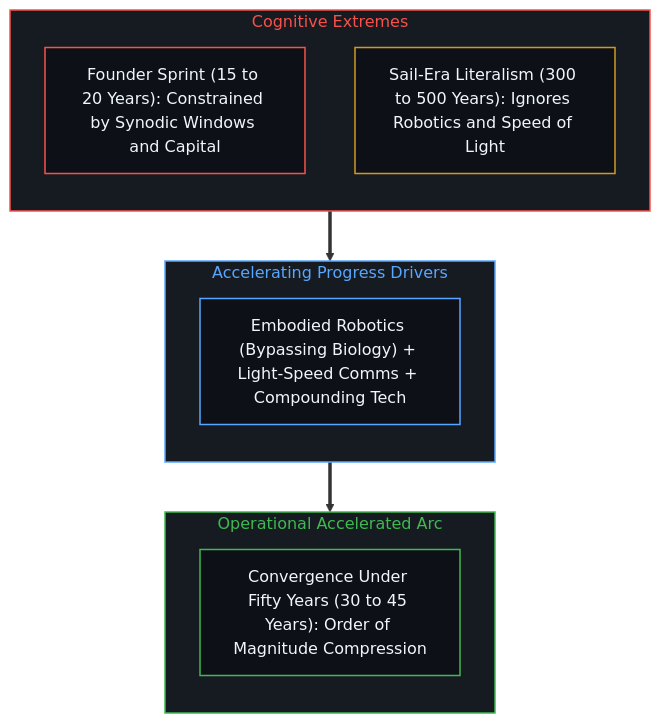
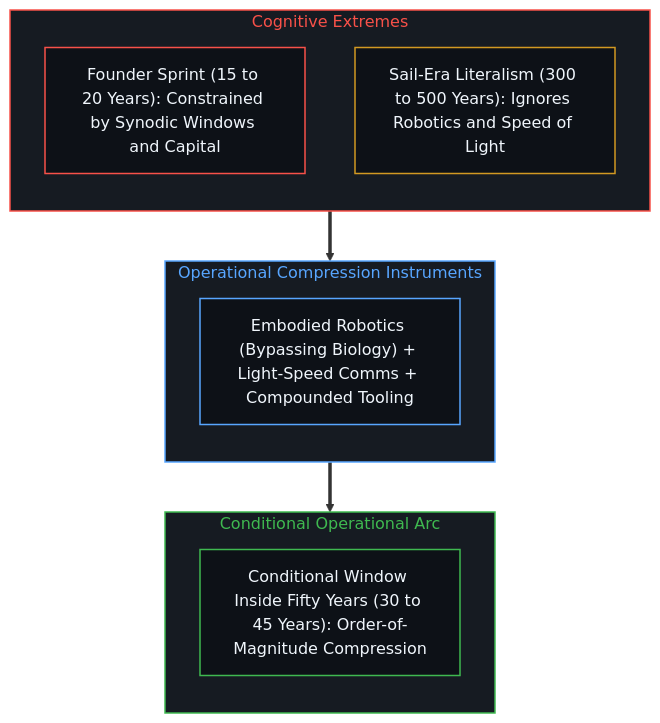
Before and after one commit to powerpig99/not-a-toe: the tenth of 14 diagrams in content/posts/beyond-the-hundred-trillion-horizon.md, drawn with Mermaid. The commit also changed other lines of this file and 5 other files, not shown here.

````diff
--- a/content/posts/beyond-the-hundred-trillion-horizon.md
+++ b/content/posts/beyond-the-hundred-trillion-horizon.md
@@ -376,26 +376,26 @@
 ```mermaid
 flowchart TD
     classDef default fill:#0d1117,stroke:#30363d,stroke-width:1px,color:#f0f6fc;
     classDef mind fill:#0d1117,stroke:#3fb950,stroke-width:1.5px,color:#f0f6fc;
     classDef warn fill:#0d1117,stroke:#d29922,stroke-width:1.5px,color:#f0f6fc;
     classDef fail fill:#0d1117,stroke:#f85149,stroke-width:1.5px,color:#f0f6fc;
     classDef model fill:#0d1117,stroke:#58a6ff,stroke-width:1.5px,color:#f0f6fc;
     subgraph S_EXTREMES_EN ["Cognitive Extremes"]
         direction TB
         SPRINT["Founder Sprint (15 to 20 Years): Constrained by Synodic Windows and Capital"]:::fail
         SAIL["Sail-Era Literalism (300 to 500 Years): Ignores Robotics and Speed of Light"]:::warn
     end
-    subgraph S_DRIVERS_EN ["Accelerating Progress Drivers"]
+    subgraph S_DRIVERS_EN ["Operational Compression Instruments"]
         direction TB
-        ACCEL["Embodied Robotics (Bypassing Biology) + Light-Speed Comms + Compounding Tech"]:::model
+        ACCEL["Embodied Robotics (Bypassing Biology) + Light-Speed Comms + Compounded Tooling"]:::model
     end
-    subgraph S_REALITY_EN ["Operational Accelerated Arc"]
+    subgraph S_REALITY_EN ["Conditional Operational Arc"]
         direction TB
-        WINDOW["Convergence Under Fifty Years (30 to 45 Years): Order of Magnitude Compression"]:::mind
+        WINDOW["Conditional Window Inside Fifty Years (30 to 45 Years): Order-of-Magnitude Compression"]:::mind
     end
     S_EXTREMES_EN ==> S_DRIVERS_EN
     S_DRIVERS_EN ==> S_REALITY_EN
     style S_EXTREMES_EN fill:#161b22,stroke:#f85149,stroke-width:1.5px,color:#f85149
     style S_DRIVERS_EN fill:#161b22,stroke:#58a6ff,stroke-width:1.5px,color:#58a6ff
     style S_REALITY_EN fill:#161b22,stroke:#3fb950,stroke-width:1.5px,color:#3fb950
 ```
````
